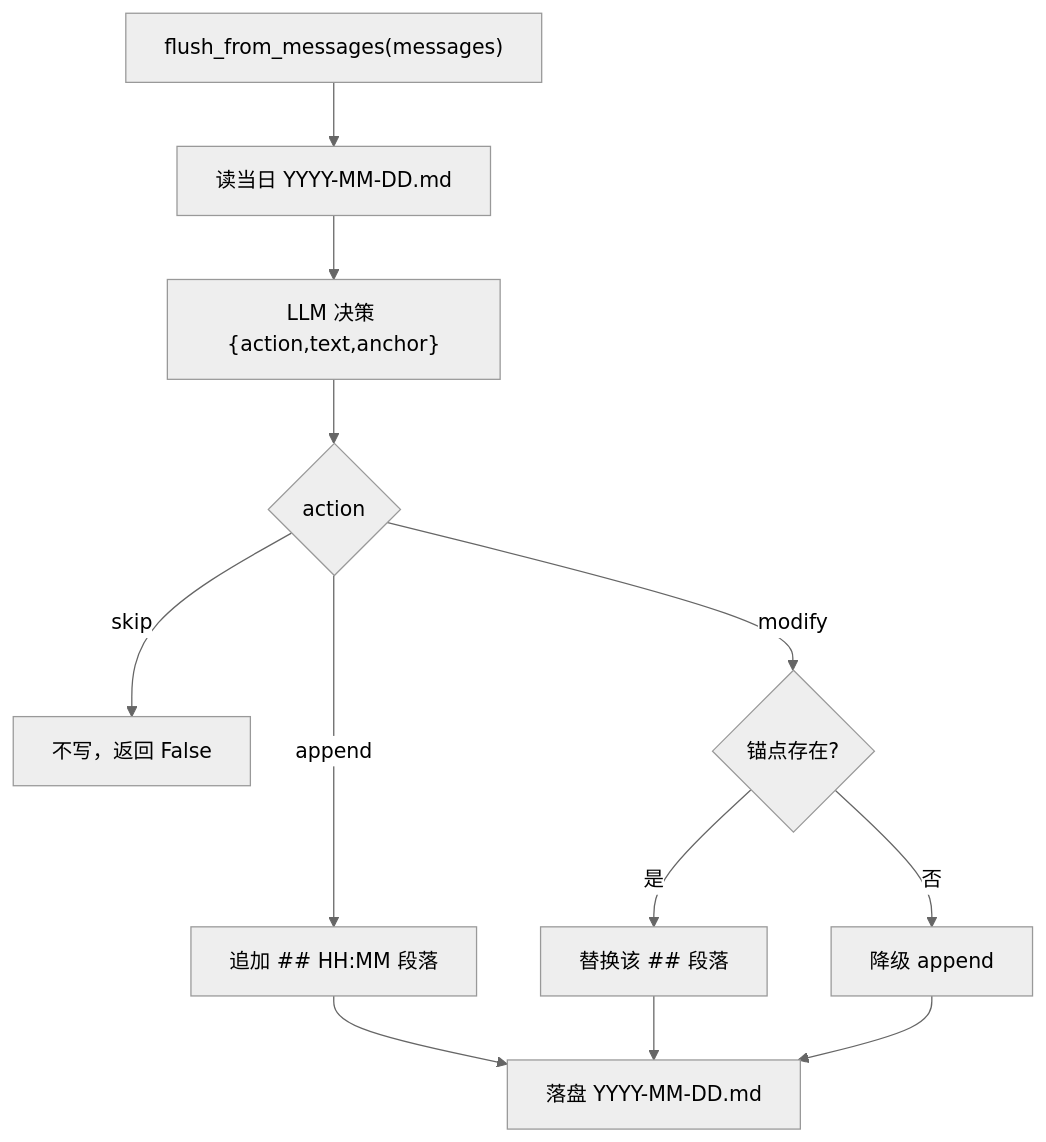
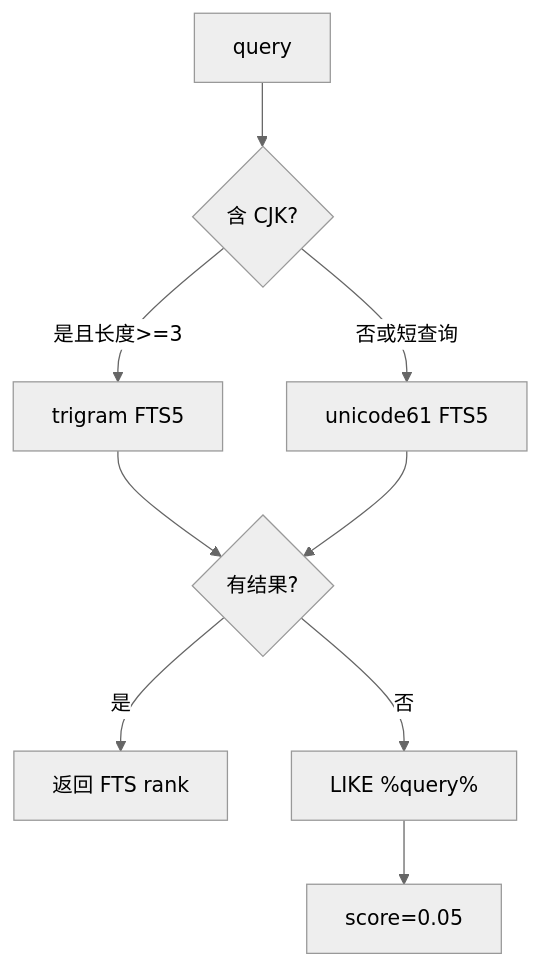
One commit to aandbcct/dotClaw changed diagram 11 of 22 in docs/wiki/Memory 模块总体说明.md. Above: the diagram before and after it, drawn with Mermaid (neutral theme). The commit also changed other lines of this file and 8 other files, not shown here.

````diff
--- a/docs/wiki/Memory 模块总体说明.md
+++ b/docs/wiki/Memory 模块总体说明.md
@@ -204,14 +1616,11 @@
 ```mermaid
-flowchart TB
-    A["flush_from_messages(messages)"] --> B["读当日 YYYY-MM-DD.md"]
-    B --> C["LLM 决策 {action,text,anchor}"]
-    C --> D{"action"}
-    D -->|skip| E["不写，返回 False"]
-    D -->|append| F["追加 ## HH:MM 段落"]
-    D -->|modify| G{"锚点存在?"}
-    G -->|是| H["替换该 ## 段落"]
-    G -->|否| I["降级 append"]
-    F --> J["落盘 YYYY-MM-DD.md"]
-    H --> J
-    I --> J
+flowchart TD
+    Query["query"] --> CJK{"含 CJK?"}
+    CJK -->|是且长度>=3| Tri["trigram FTS5"]
+    CJK -->|否或短查询| Uni["unicode61 FTS5"]
+    Tri --> Found{"有结果?"}
+    Uni --> Found
+    Found -->|是| Rank["返回 FTS rank"]
+    Found -->|否| Like["LIKE %query%"]
+    Like --> Fixed["score=0.05"]
 ```
````
